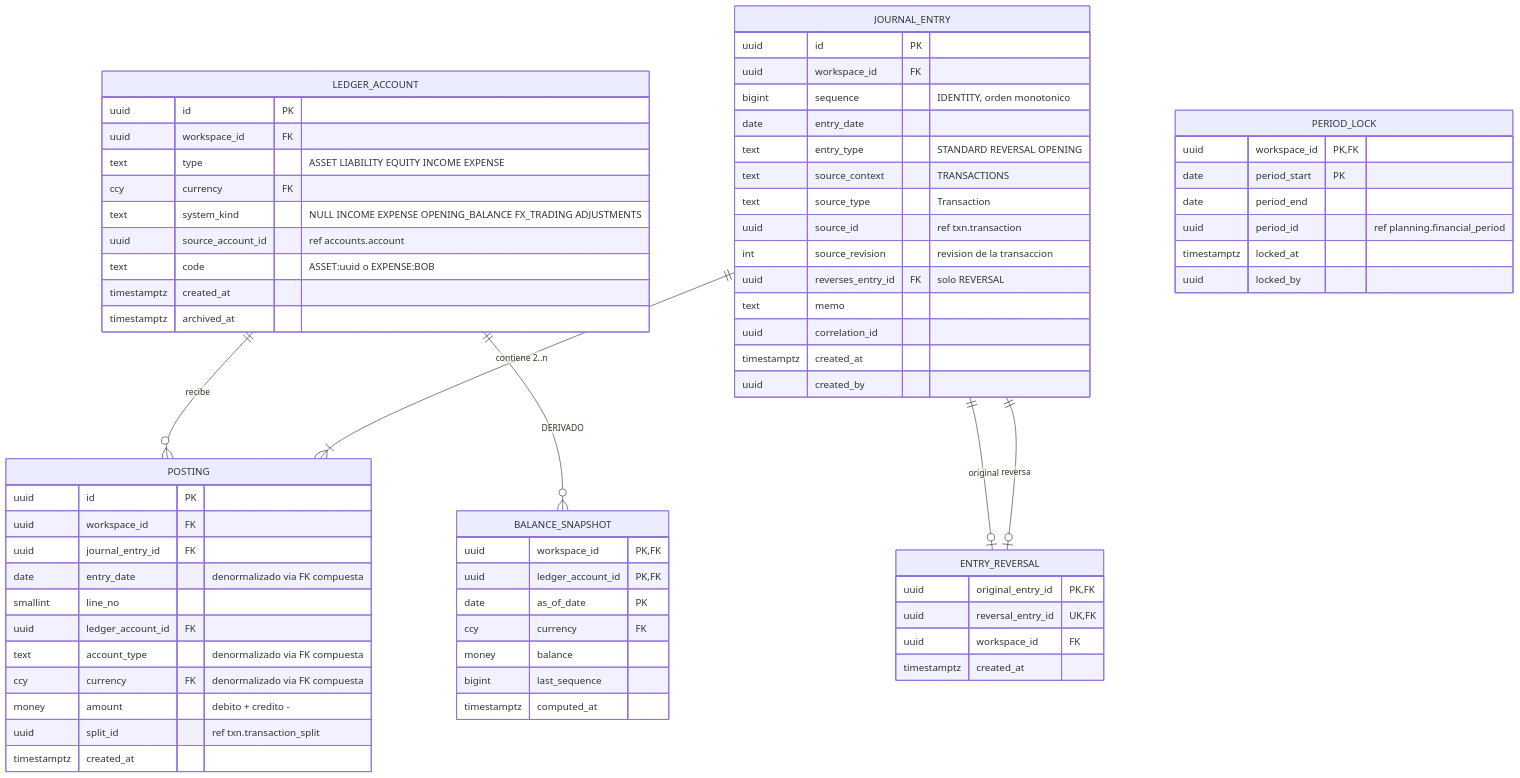
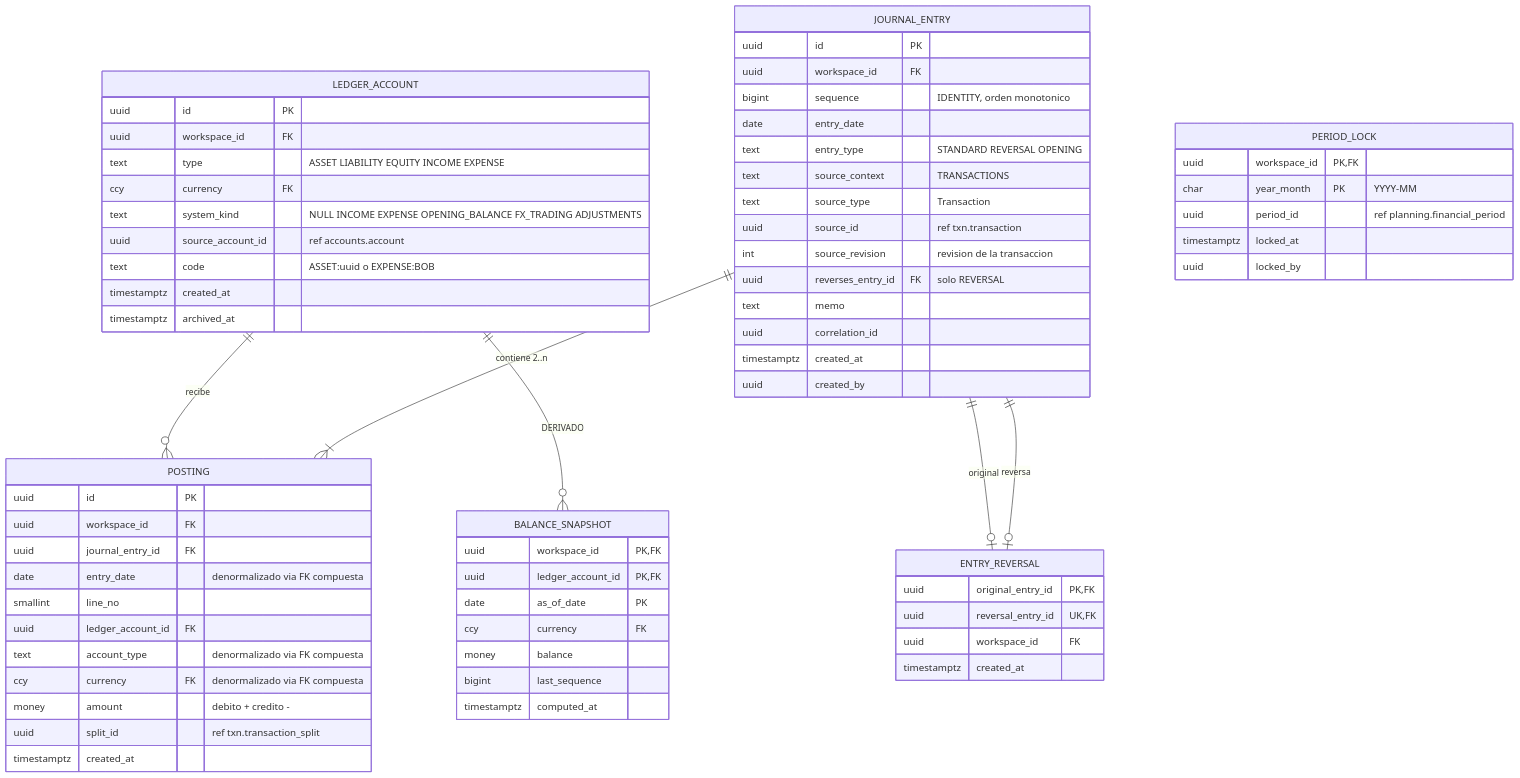
The fifth of 21 diagrams in docs/08-data-model.md (manuXD270516/personal-finances), drawn with Mermaid before and after one commit. The commit also changed other lines of this file and 393 other files, not shown here.

````diff
--- a/docs/08-data-model.md
+++ b/docs/08-data-model.md
@@ -309,71 +329,70 @@
 ```mermaid
 erDiagram
   LEDGER_ACCOUNT ||--o{ POSTING : "recibe"
   JOURNAL_ENTRY ||--|{ POSTING : "contiene 2..n"
   JOURNAL_ENTRY ||--o| ENTRY_REVERSAL : "original"
   JOURNAL_ENTRY ||--o| ENTRY_REVERSAL : "reversa"
   LEDGER_ACCOUNT ||--o{ BALANCE_SNAPSHOT : "DERIVADO"
   LEDGER_ACCOUNT {
     uuid id PK
     uuid workspace_id FK
     text type "ASSET LIABILITY EQUITY INCOME EXPENSE"
     ccy currency FK
     text system_kind "NULL INCOME EXPENSE OPENING_BALANCE FX_TRADING ADJUSTMENTS"
     uuid source_account_id "ref accounts.account"
     text code "ASSET:uuid o EXPENSE:BOB"
     timestamptz created_at
     timestamptz archived_at
   }
   JOURNAL_ENTRY {
     uuid id PK
     uuid workspace_id FK
     bigint sequence "IDENTITY, orden monotonico"
     date entry_date
     text entry_type "STANDARD REVERSAL OPENING"
     text source_context "TRANSACTIONS"
     text source_type "Transaction"
     uuid source_id "ref txn.transaction"
     int source_revision "revision de la transaccion"
     uuid reverses_entry_id FK "solo REVERSAL"
     text memo
     uuid correlation_id
     timestamptz created_at
     uuid created_by
   }
   ENTRY_REVERSAL {
     uuid original_entry_id PK, FK
     uuid reversal_entry_id UK, FK
     uuid workspace_id FK
     timestamptz created_at
   }
   POSTING {
     uuid id PK
     uuid workspace_id FK
     uuid journal_entry_id FK
     date entry_date "denormalizado via FK compuesta"
     smallint line_no
     uuid ledger_account_id FK
     text account_type "denormalizado via FK compuesta"
     ccy currency FK "denormalizado via FK compuesta"
     money amount "debito + credito -"
     uuid split_id "ref txn.transaction_split"
     timestamptz created_at
   }
   PERIOD_LOCK {
     uuid workspace_id PK, FK
-    date period_start PK
-    date period_end
+    char year_month PK "YYYY-MM"
     uuid period_id "ref planning.financial_period"
     timestamptz locked_at
     uuid locked_by
   }
   BALANCE_SNAPSHOT {
     uuid workspace_id PK, FK
     uuid ledger_account_id PK, FK
     date as_of_date PK
     ccy currency FK
     money balance
     bigint last_sequence
     timestamptz computed_at
   }
 ```
````
